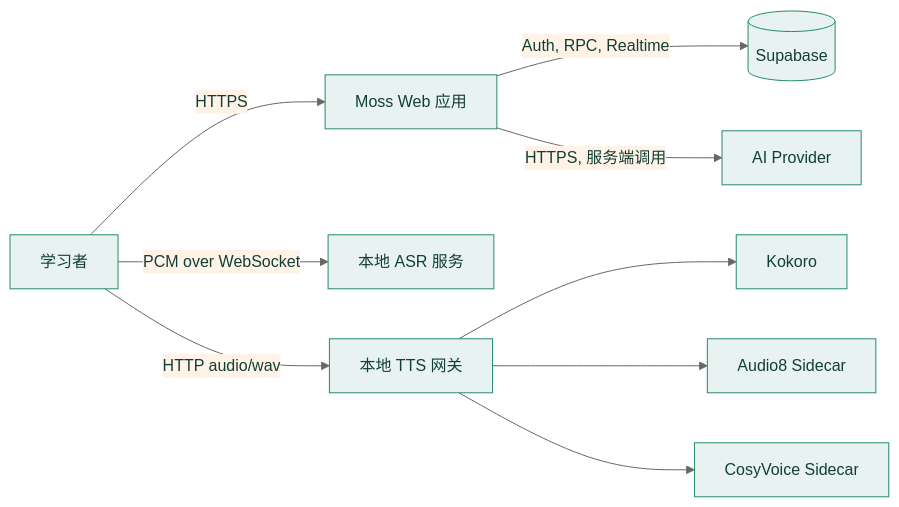
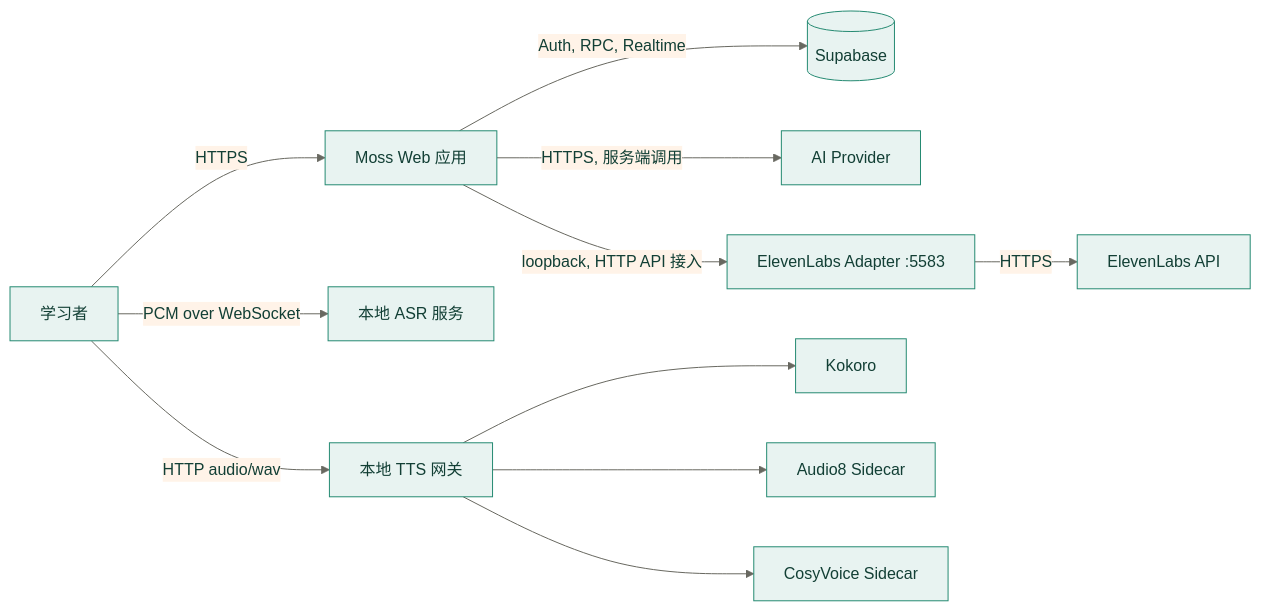
The first of 7 diagrams in docs/architecture.md (chaos-design/moss), drawn with Mermaid before and after one commit. The commit also changed other lines of this file and 24 other files, not shown here.

Commit message:
feat(backend): add optional ElevenLabs speech adapter

````diff
--- a/docs/architecture.md
+++ b/docs/architecture.md
@@ -18,12 +18,14 @@
 ```mermaid
 %%{init: {"theme":"base","themeVariables":{"primaryColor":"#E8F3F1","primaryTextColor":"#123F35","primaryBorderColor":"#258A72","lineColor":"#686860","secondaryColor":"#FFF3E8","tertiaryColor":"#EEF2FF"}}}%%
 flowchart LR
     Learner[学习者] -->|HTTPS| Moss[Moss Web 应用]
     Moss -->|Auth, RPC, Realtime| Supabase[(Supabase)]
     Moss -->|HTTPS, 服务端调用| AI[AI Provider]
+    Moss -->|loopback, HTTP API 接入| ElevenLabs[ElevenLabs Adapter :5583]
+    ElevenLabs -->|HTTPS| ElevenLabsApi[ElevenLabs API]
     Learner -->|PCM over WebSocket| ASR[本地 ASR 服务]
     Learner -->|HTTP audio/wav| TTS[本地 TTS 网关]
     TTS --> Kokoro[Kokoro]
     TTS --> Audio8[Audio8 Sidecar]
     TTS --> CosyVoice[CosyVoice Sidecar]
 ```
````
